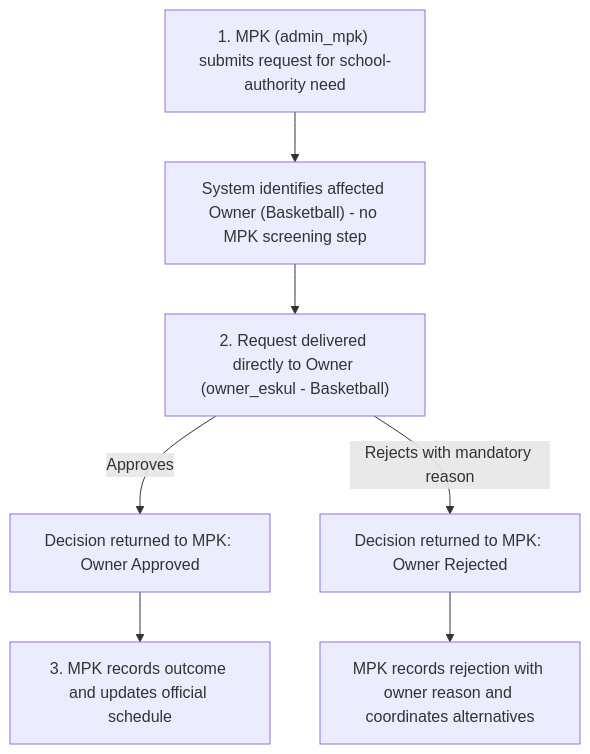
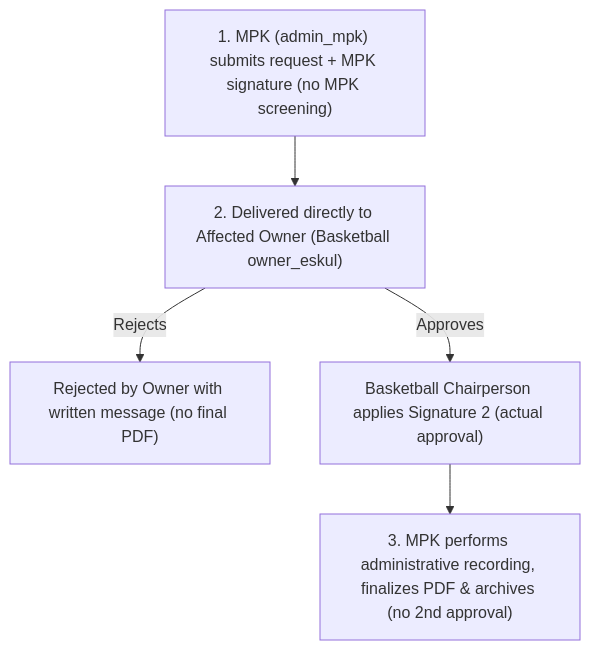
Before and after one commit to SaktiArifDwiPutra/coordina: the second of 2 diagrams in docs/BUSINESS_WORKFLOW.md, drawn with Mermaid. The commit also changed other lines of this file and 2 other files, not shown here.

````diff
--- a/docs/BUSINESS_WORKFLOW.md
+++ b/docs/BUSINESS_WORKFLOW.md
@@ -142,9 +173,7 @@
 ```mermaid
 flowchart TD
-    B1["1. MPK (admin_mpk) submits request for school-authority need"] --> B2["System identifies affected Owner (Basketball) - no MPK screening step"]
-    B2 --> B3["2. Request delivered directly to Owner (owner_eskul - Basketball)"]
-    B3 -->|Approves| B4["Decision returned to MPK: Owner Approved"]
-    B3 -->|Rejects with mandatory reason| B5["Decision returned to MPK: Owner Rejected"]
-    B4 --> B6["3. MPK records outcome and updates official schedule"]
-    B5 --> B7["MPK records rejection with owner reason and coordinates alternatives"]
+    B1["1. MPK (admin_mpk) submits request + MPK signature (no MPK screening)"] --> B2["2. Delivered directly to Affected Owner (Basketball owner_eskul)"]
+    B2 -->|Rejects| B3["Rejected by Owner with written message (no final PDF)"]
+    B2 -->|Approves| B4["Basketball Chairperson applies Signature 2 (actual approval)"]
+    B4 --> B5["3. MPK performs administrative recording, finalizes PDF & archives (no 2nd approval)"]
 ```
````
